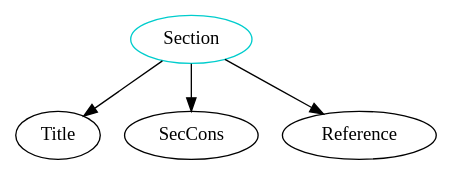
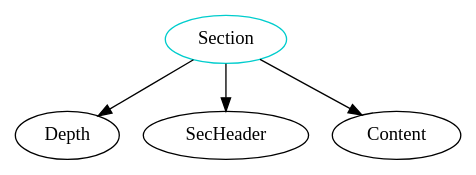
The diagram in analysis/TypeDependencyGraphs/lang/Section.dot (JacquesCarette/Drasil), drawn with Graphviz before and after one commit. The commit also changed 5504 other files, not shown here.

```diff
--- a/analysis/TypeDependencyGraphs/lang/Section.dot
+++ b/analysis/TypeDependencyGraphs/lang/Section.dot
@@ -1,6 +1,6 @@
 digraph section{
-Section -> Title;
-Section -> SecCons;
-Section -> Reference;
+Section -> Depth;
+Section -> SecHeader;
+Section -> Content;
 Section	[shape=oval, color=cyan3, label="Section"];
 }
```
